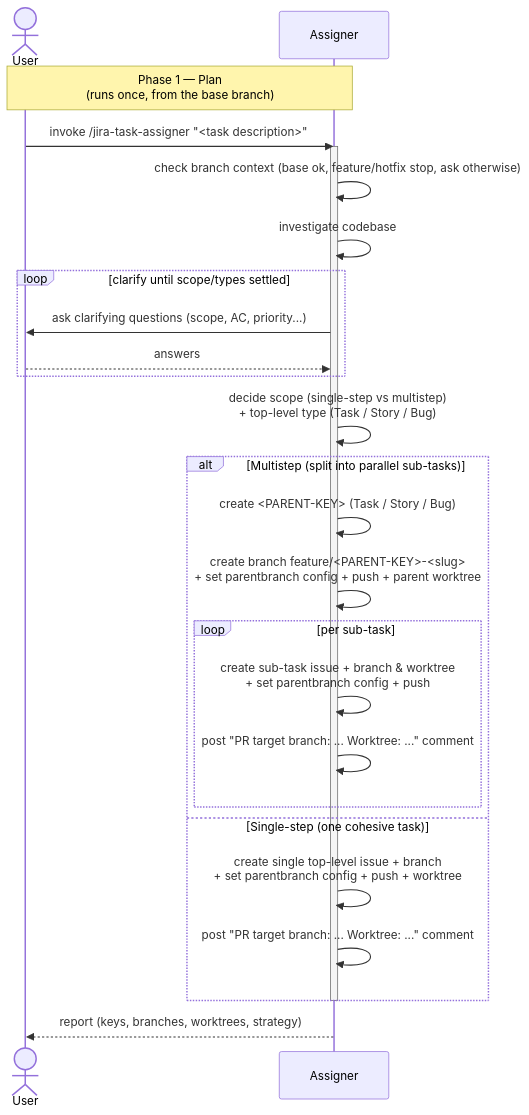
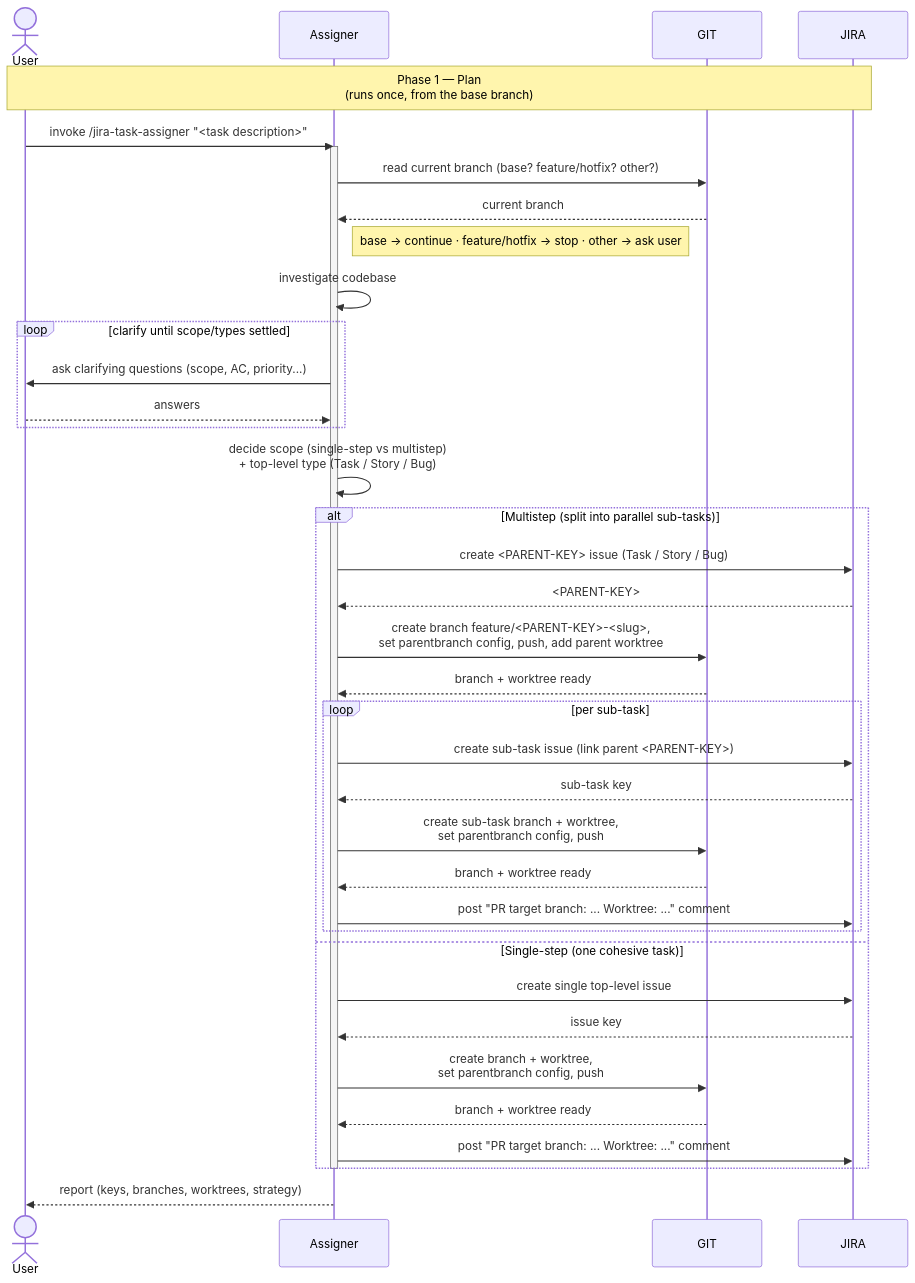
Before and after one commit to kantorv/jira-sdlc-tools: the diagram in plugins/jira-sdlc/docs/TASK-LIFECYCLE-PHASE-1.md, drawn with Mermaid. The commit also changed other lines of this file and 5 other files, not shown here.

Commit message:
mermaid diagrams aligned with skills logic JST-24 #done

````diff
--- a/plugins/jira-sdlc/docs/TASK-LIFECYCLE-PHASE-1.md
+++ b/plugins/jira-sdlc/docs/TASK-LIFECYCLE-PHASE-1.md
@@ -16,34 +24,46 @@
 ```mermaid
 sequenceDiagram
     actor User
     participant Assigner
+    participant GIT
+    participant JIRA
 
-    Note over User,Assigner: Phase 1 — Plan<br/>(runs once, from the base branch)
+    Note over User,JIRA: Phase 1 — Plan<br/>(runs once, from the base branch)
     User->>Assigner: invoke /jira-task-assigner "<task description>"
 
     activate Assigner
-    Assigner->>Assigner: check branch context (base ok, feature/hotfix stop, ask otherwise)
+    Assigner->>GIT: read current branch (base? feature/hotfix? other?)
+    GIT-->>Assigner: current branch
+    Note right of Assigner: base → continue · feature/hotfix → stop · other → ask user
     Assigner->>Assigner: investigate codebase
 
     loop clarify until scope/types settled
         Assigner->>User: ask clarifying questions (scope, AC, priority...)
         User-->>Assigner: answers
     end
 
     Assigner->>Assigner: decide scope (single-step vs multistep)<br/>+ top-level type (Task / Story / Bug)
 
     alt Multistep (split into parallel sub-tasks)
-        Assigner->>Assigner: create <PARENT-KEY> (Task / Story / Bug)
-        Assigner->>Assigner: create branch feature/<PARENT-KEY>-<slug><br/>+ set parentbranch config + push + parent worktree
+        Assigner->>JIRA: create <PARENT-KEY> issue (Task / Story / Bug)
+        JIRA-->>Assigner: <PARENT-KEY>
+        Assigner->>GIT: create branch feature/<PARENT-KEY>-<slug>,<br/>set parentbranch config, push, add parent worktree
+        GIT-->>Assigner: branch + worktree ready
         loop per sub-task
-            Assigner->>Assigner: create sub-task issue + branch & worktree<br/>+ set parentbranch config + push
-            Assigner->>Assigner: post "PR target branch: ... Worktree: ..." comment
+            Assigner->>JIRA: create sub-task issue (link parent <PARENT-KEY>)
+            JIRA-->>Assigner: sub-task key
+            Assigner->>GIT: create sub-task branch + worktree,<br/>set parentbranch config, push
+            GIT-->>Assigner: branch + worktree ready
+            Assigner->>JIRA: post "PR target branch: ... Worktree: ..." comment
         end
     else Single-step (one cohesive task)
-        Assigner->>Assigner: create single top-level issue + branch<br/>+ set parentbranch config + push + worktree
-        Assigner->>Assigner: post "PR target branch: ... Worktree: ..." comment
+        Assigner->>JIRA: create single top-level issue
+        JIRA-->>Assigner: issue key
+        Assigner->>GIT: create branch + worktree,<br/>set parentbranch config, push
+        GIT-->>Assigner: branch + worktree ready
+        Assigner->>JIRA: post "PR target branch: ... Worktree: ..." comment
     end
     deactivate Assigner
 
     Assigner-->>User: report (keys, branches, worktrees, strategy)
 ```
````
